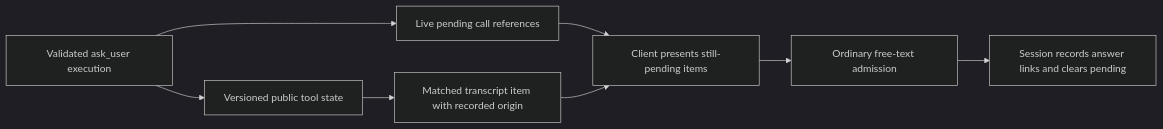
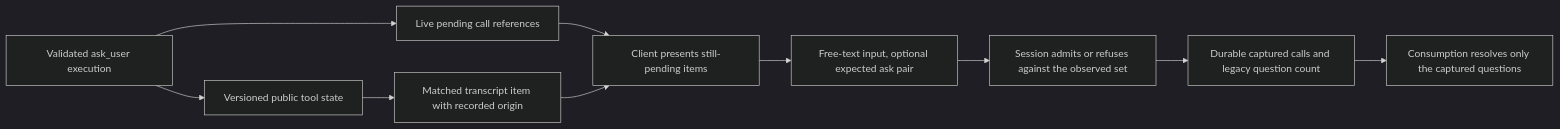
Before and after one commit to prime-radiant-inc/evener: the diagram in docs/product/session-questions.md, drawn with Mermaid (dark theme). The commit also changed other lines of this file and 106 other files, not shown here.

Commit message:
feat(manager-tools): surface pending questions and fence answers

````diff
--- a/docs/product/session-questions.md
+++ b/docs/product/session-questions.md
@@ -7,10 +7,12 @@
 ```mermaid
 flowchart LR
     Execution[Validated ask_user execution] --> Result[Versioned public tool state]
     Execution --> Pending[Live pending call references]
     Result --> Item[Matched transcript item with recorded origin]
     Pending --> Client[Client presents still-pending items]
     Item --> Client
-    Client --> Input[Ordinary free-text admission]
-    Input --> Session[Session records answer links and clears pending]
+    Client --> Input[Free-text input, optional expected ask pair]
+    Input --> Admission[Session admits or refuses against the observed set]
+    Admission --> Capture[Durable captured calls and legacy question count]
+    Capture --> Session[Consumption resolves only the captured questions]
 ```
````
